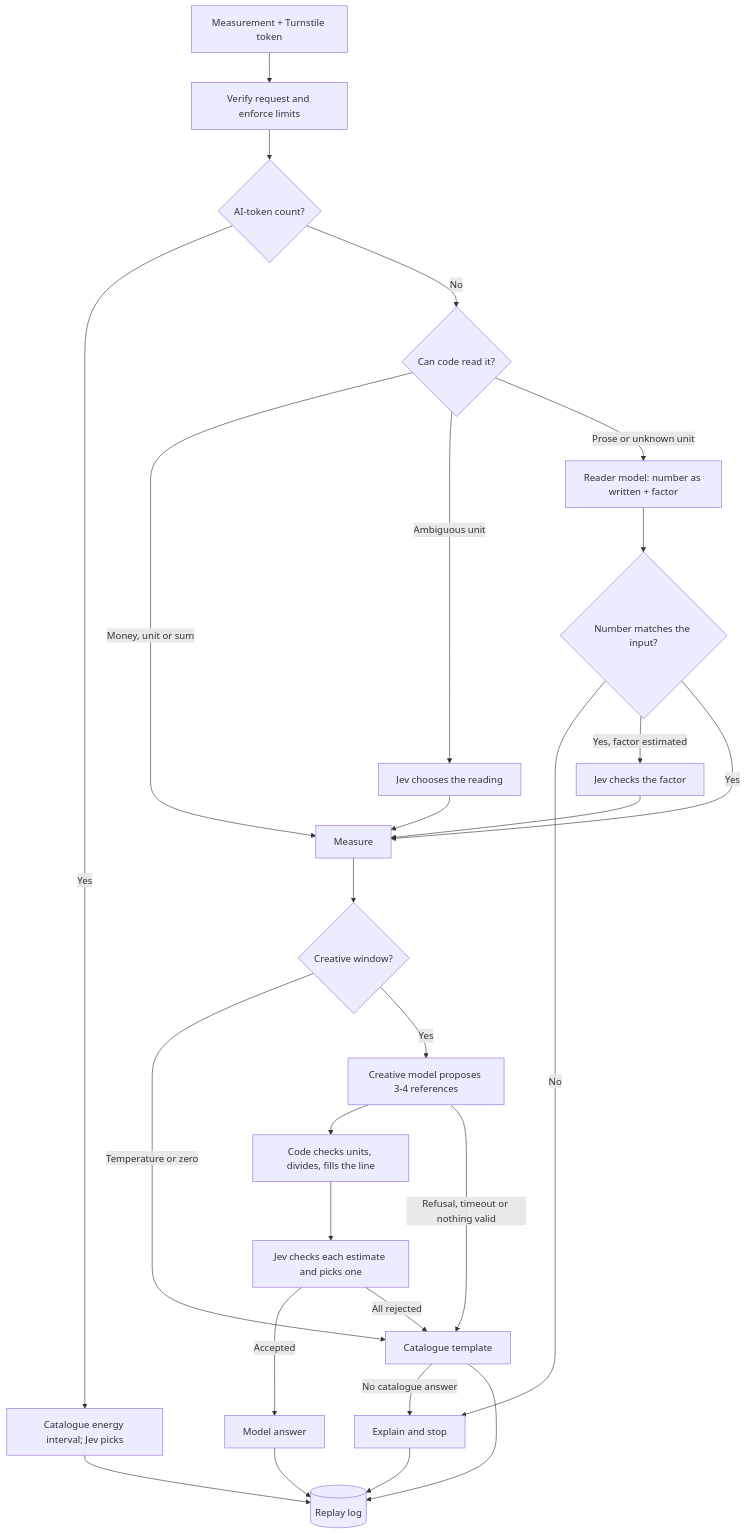
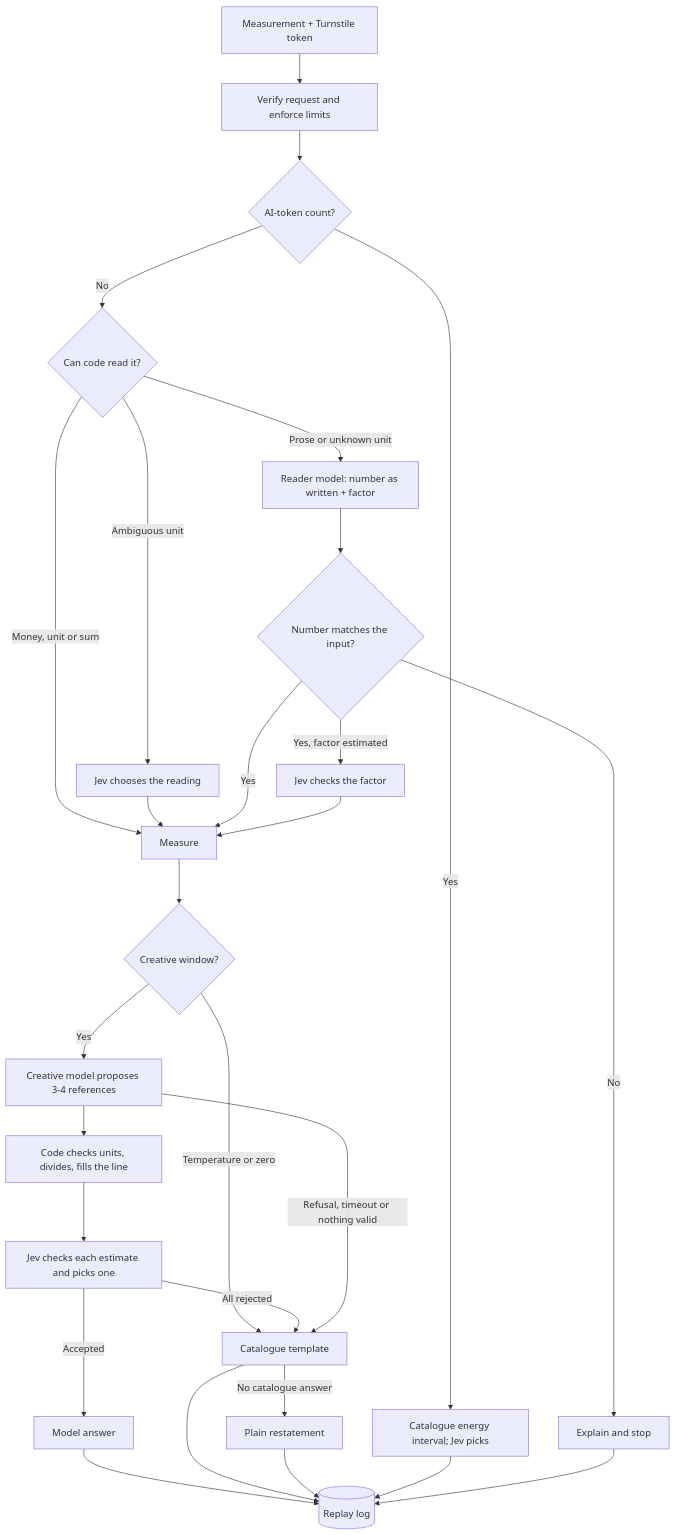
One commit to jasonm4130/anything-but-metric changed the diagram in docs/architecture.md. Above: the diagram before and after it, drawn with Mermaid. The commit also changed other lines of this file and 1 other file, not shown here.

Commit message:
no-mistakes(review): Document plain restatement fallback and unreadable Jev replies

````diff
--- a/docs/architecture.md
+++ b/docs/architecture.md
@@ -5,26 +5,26 @@
 ```mermaid
 flowchart TD
   A[Measurement + Turnstile token] --> B[Verify request and enforce limits]
   B --> T{AI-token count?}
   T -->|Yes| TC[Catalogue energy interval; Jev picks]
   T -->|No| C{Can code read it?}
   C -->|Money, unit or sum| E[Measure]
   C -->|Ambiguous unit| J1[Jev chooses the reading]
   C -->|Prose or unknown unit| D[Reader model: number as written + factor]
   J1 --> E
   D --> N{Number matches the input?}
   N -->|No| X[Explain and stop]
   N -->|Yes, factor estimated| J2[Jev checks the factor]
   N -->|Yes| E
   J2 --> E
   E --> W{Creative window?}
   W -->|Temperature or zero| F[Catalogue template]
   W -->|Yes| G[Creative model proposes 3-4 references]
   G --> H[Code checks units, divides, fills the line]
   H --> J3[Jev checks each estimate and picks one]
   J3 -->|Accepted| R[Model answer]
   J3 -->|All rejected| F
   G -->|Refusal, timeout or nothing valid| F
-  F -->|No catalogue answer| X
-  R & F & TC & X --> L[(Replay log)]
+  F -->|No catalogue answer| P[Plain restatement]
+  R & F & P & TC & X --> L[(Replay log)]
 ```
````
